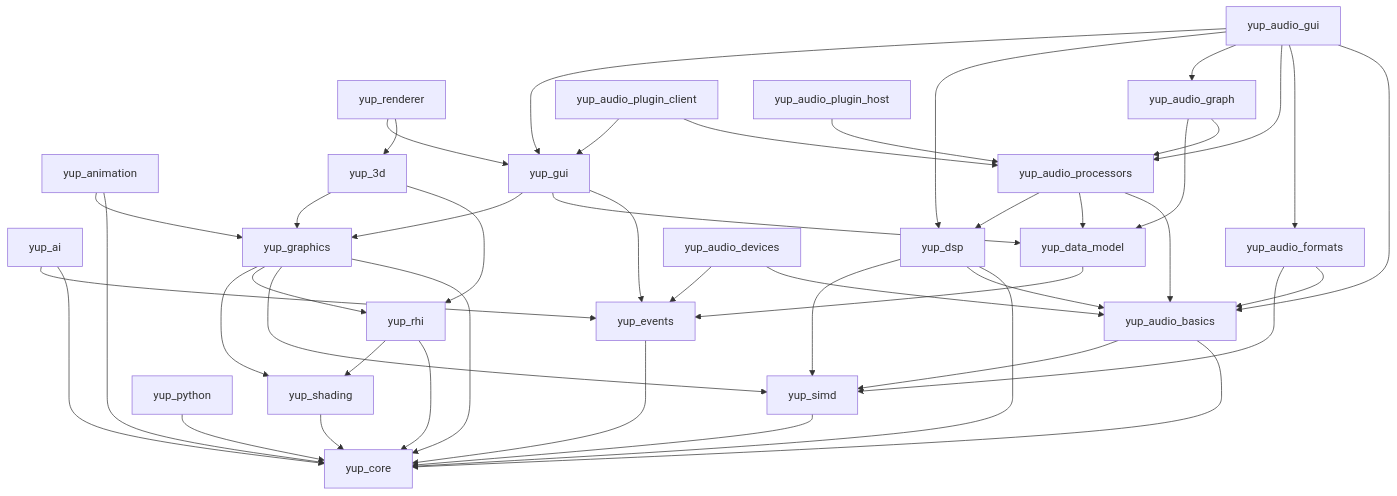
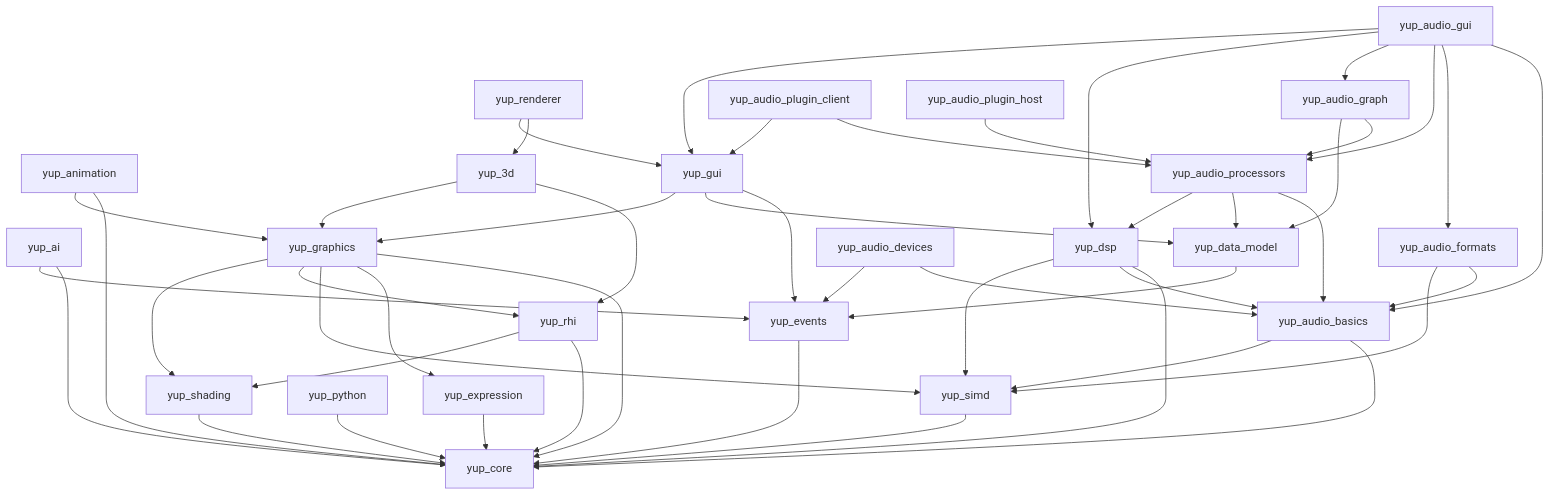
Diagram 25 of 25 in docs/modules.md (kunitoki/yup), drawn with Mermaid before and after one commit. The commit also changed other lines of this file and 67 other files, not shown here.

````diff
--- a/docs/modules.md
+++ b/docs/modules.md
@@ -463,63 +478,65 @@
 ```mermaid
 flowchart TD
     simd[yup_simd] --> core[yup_core]
     events[yup_events] --> core
+    expression[yup_expression] --> core
     shading[yup_shading] --> core
     rhi[yup_rhi] --> core
     rhi --> shading
     python[yup_python] --> core
     ai[yup_ai] --> core
     ai --> events
 
     graphics[yup_graphics] --> core
+    graphics --> expression
     graphics --> simd
     graphics --> rhi
     graphics --> shading
 
     animation[yup_animation] --> core
     animation --> graphics
 
     data[yup_data_model] --> events
 
     gui[yup_gui] --> events
     gui --> data
     gui --> graphics
 
     three[yup_3d] --> rhi
     three --> graphics
 
     renderer[yup_renderer] --> three
     renderer --> gui
 
     ab[yup_audio_basics] --> core
     ab --> simd
 
     dsp[yup_dsp] --> core
     dsp --> ab
     dsp --> simd
 
     afmt[yup_audio_formats] --> ab
     afmt --> simd
 
     adev[yup_audio_devices] --> ab
     adev --> events
 
     aproc[yup_audio_processors] --> ab
     aproc --> data
     aproc --> dsp
 
     agraph[yup_audio_graph] --> aproc
     agraph --> data
 
     aclient[yup_audio_plugin_client] --> aproc
     aclient --> gui
 
     ahost[yup_audio_plugin_host] --> aproc
 
     agui[yup_audio_gui] --> ab
     agui --> afmt
     agui --> aproc
     agui --> agraph
     agui --> dsp
     agui --> gui
 ```
````
